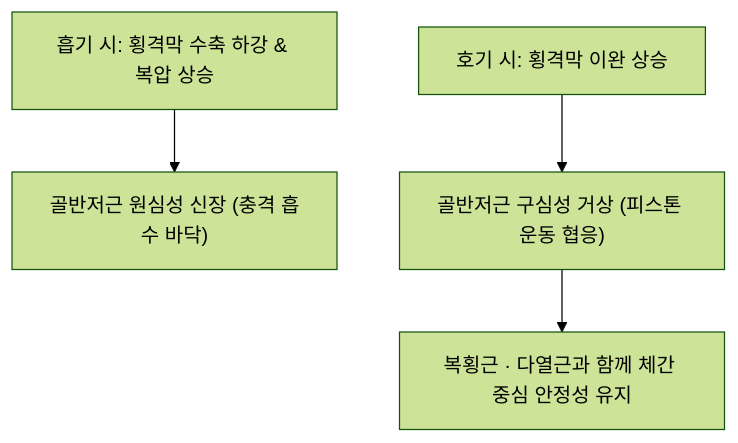
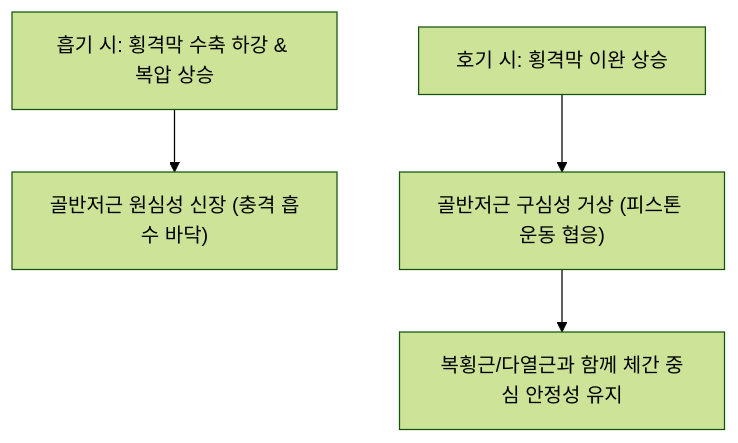
The diagram in content/1. 근골격계 공부/근육/(9) 요부/골반저근.md (simbio11/simbio-digital-garden2), drawn with Mermaid (forest theme) before and after one commit. The commit also changed other lines of this file and 38 other files, not shown here.

````diff
--- a/content/1. 근골격계 공부/근육/(9) 요부/골반저근.md
+++ b/content/1. 근골격계 공부/근육/(9) 요부/골반저근.md
@@ -50,6 +36,6 @@
 ```mermaid
 graph TD
     Inhalation["흡기 시: 횡격막 수축 하강 & 복압 상승"] --> PelvicFloorDescent["골반저근 원심성 신장 (충격 흡수 바닥)"]
     Exhalation["호기 시: 횡격막 이완 상승"] --> PelvicFloorAscent["골반저근 구심성 거상 (피스톤 운동 협응)"]
-    PelvicFloorAscent --> CoreIntegrity["복횡근 · 다열근과 함께 체간 중심 안정성 유지"]
+    PelvicFloorAscent --> CoreIntegrity["복횡근/다열근과 함께 체간 중심 안정성 유지"]
 ```
````
